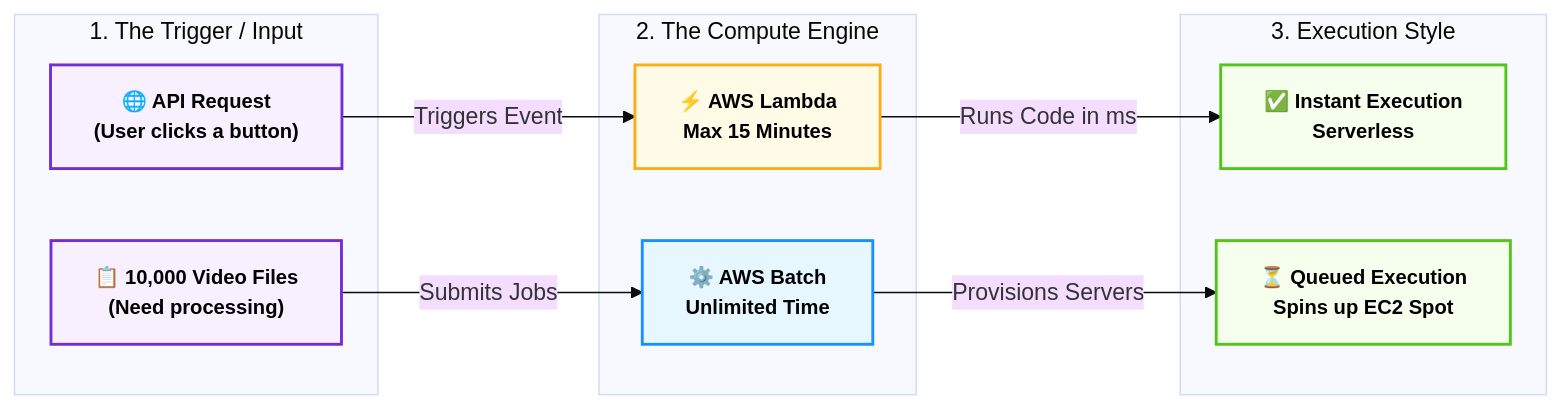
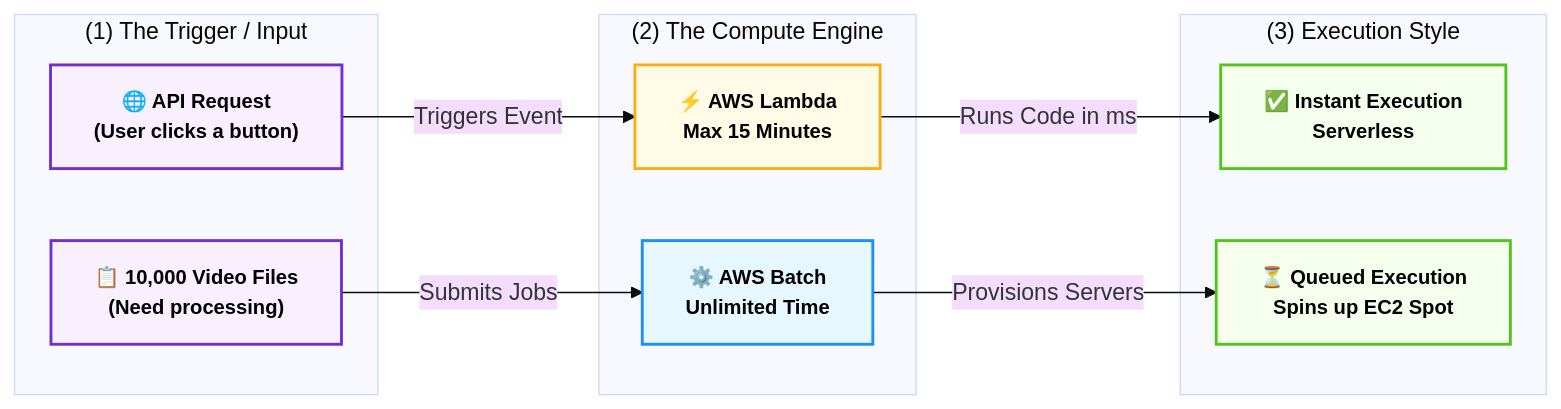
Before and after one commit to muhammad-khaled-tech/My-Study-Notes: diagram 20 of 47 in Domain 3.md, drawn with Mermaid (base theme). The commit also changed other lines of this file and 5 other files, not shown here.

````diff
--- a/Domain 3.md
+++ b/Domain 3.md
@@ -2197,37 +2197,38 @@
 ```mermaid
 flowchart LR
-    %% Global Styling
-    classDef default font-weight:bold,font-size:14px,stroke-width:2px;
-    classDef trigger fill:#f9f0ff,stroke:#722ed1,color:#000;
-    classDef lambda fill:#fffbe6,stroke:#faad14,color:#000;
-    classDef batch fill:#e6f7ff,stroke:#1890ff,color:#000;
-    classDef result fill:#f6ffed,stroke:#52c41a,color:#000;
 
-    subgraph Events ["1. The Trigger / Input"]
-        API["🌐 API Request<br/>(User clicks a button)"]
-        Queue["📋 10,000 Video Files<br/>(Need processing)"]
-    end
+%% Global Styling
+classDef default font-weight:bold,font-size:14px,stroke-width:2px;
+classDef trigger fill:#f9f0ff,stroke:#722ed1,color:#000;
+classDef lambda fill:#fffbe6,stroke:#faad14,color:#000;
+classDef batch fill:#e6f7ff,stroke:#1890ff,color:#000;
+classDef result fill:#f6ffed,stroke:#52c41a,color:#000;
 
-    subgraph Compute ["2. The Compute Engine"]
-        L["⚡ AWS Lambda<br/>Max 15 Minutes"]
-        B["⚙️ AWS Batch<br/>Unlimited Time"]
-    end
+subgraph Events ["(1) The Trigger / Input"]
+    API["🌐 API Request<br>(User clicks a button)"]
+    Queue["📋 10,000 Video Files<br>(Need processing)"]
+end
 
-    subgraph Outcomes ["3. Execution Style"]
-        Fast["✅ Instant Execution<br/>Serverless"]
-        Slow["⏳ Queued Execution<br/>Spins up EC2 Spot"]
-    end
+subgraph Compute ["(2) The Compute Engine"]
+    L["⚡ AWS Lambda<br>Max 15 Minutes"]
+    B["⚙️ AWS Batch<br>Unlimited Time"]
+end
 
-    %% Connections defined entirely outside subgraphs
-    API -->|"Triggers Event"| L
-    Queue -->|"Submits Jobs"| B
-    
-    L -->|"Runs Code in ms"| Fast
-    B -->|"Provisions Servers"| Slow
+subgraph Outcomes ["(3) Execution Style"]
+    Fast["✅ Instant Execution<br>Serverless"]
+    Slow["⏳ Queued Execution<br>Spins up EC2 Spot"]
+end
 
-    %% Apply Classes
-    class API,Queue trigger;
-    class L lambda;
-    class B batch;
-    class Fast,Slow result;
+%% Connections defined entirely outside subgraphs
+API -->|"Triggers Event"| L
+Queue -->|"Submits Jobs"| B
+
+L -->|"Runs Code in ms"| Fast
+B -->|"Provisions Servers"| Slow
+
+%% Apply Classes
+class API,Queue trigger;
+class L lambda;
+class B batch;
+class Fast,Slow result;
 ```
````
